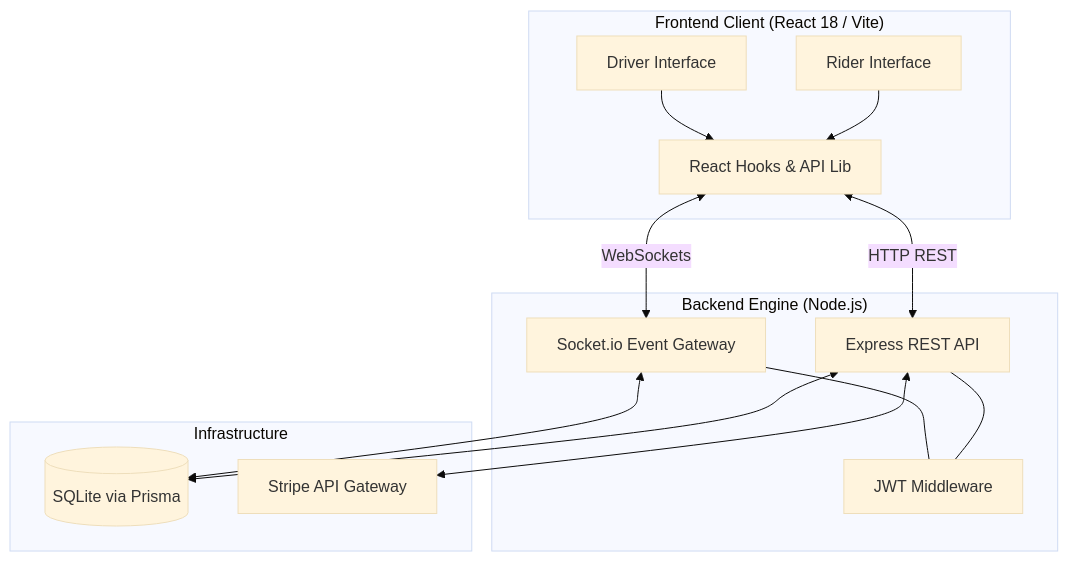
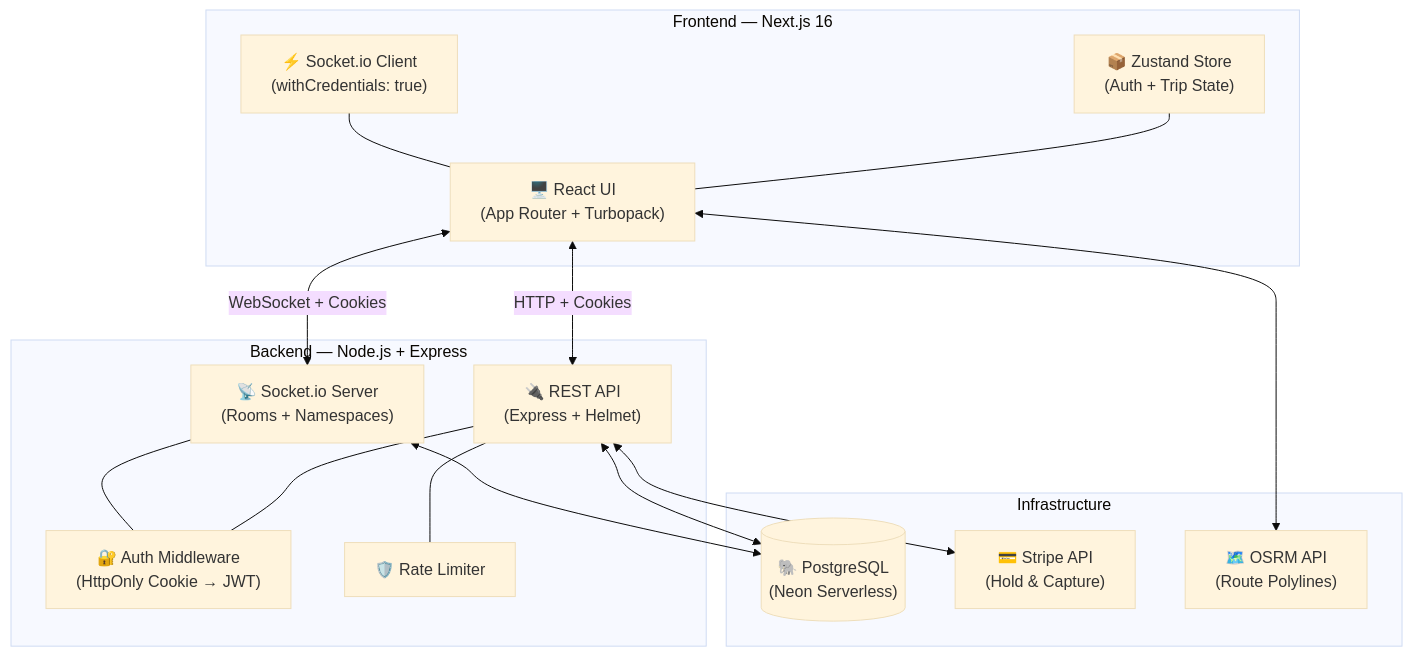
One commit to sarthaksaxenaa/RideShare-Platform changed the first of 3 diagrams in README.md. Above: the diagram before and after it, drawn with Mermaid (base theme). The commit also changed other lines of this file and 1 other file, not shown here.

Commit message:
docs: complete professional README rewrite with architecture diagrams, security docs, ER diagram, and hero banner

````diff
--- a/README.md
+++ b/README.md
@@ -35,30 +125,33 @@
 ```mermaid
-graph TD
-    subgraph "Frontend Client (React 18 / Vite)"
-        RiderUI[Rider Interface]
-        DriverUI[Driver Interface]
-        State[React Hooks & API Lib]
-        RiderUI --> State
-        DriverUI --> State
+graph TB
+    subgraph "Frontend — Next.js 16"
+        UI["🖥️ React UI<br/>(App Router + Turbopack)"]
+        Store["📦 Zustand Store<br/>(Auth + Trip State)"]
+        WS["⚡ Socket.io Client<br/>(withCredentials: true)"]
     end
 
-    subgraph "Backend Engine (Node.js)"
-        API[Express REST API]
-        Sockets[Socket.io Event Gateway]
-        Auth[JWT Middleware]
-        API --- Auth
-        Sockets --- Auth
+    subgraph "Backend — Node.js + Express"
+        API["🔌 REST API<br/>(Express + Helmet)"]
+        Auth["🔐 Auth Middleware<br/>(HttpOnly Cookie → JWT)"]
+        Socket["📡 Socket.io Server<br/>(Rooms + Namespaces)"]
+        Rate["🛡️ Rate Limiter"]
     end
 
     subgraph "Infrastructure"
-        DB[(SQLite via Prisma)]
-        Stripe[Stripe API Gateway]
+        DB[("🐘 PostgreSQL<br/>(Neon Serverless)")]
+        Stripe["💳 Stripe API<br/>(Hold & Capture)"]
+        OSRM["🗺️ OSRM API<br/>(Route Polylines)"]
     end
 
-    State <-->|HTTP REST| API
-    State <-->|WebSockets| Sockets
-    
+    UI <-->|"HTTP + Cookies"| API
+    UI <-->|"WebSocket + Cookies"| Socket
+    Store --- UI
+    WS --- UI
+    API --- Auth
+    Socket --- Auth
+    API --- Rate
     API <--> DB
-    Sockets <--> DB
+    Socket <--> DB
     API <--> Stripe
+    UI <--> OSRM
 ```
````
